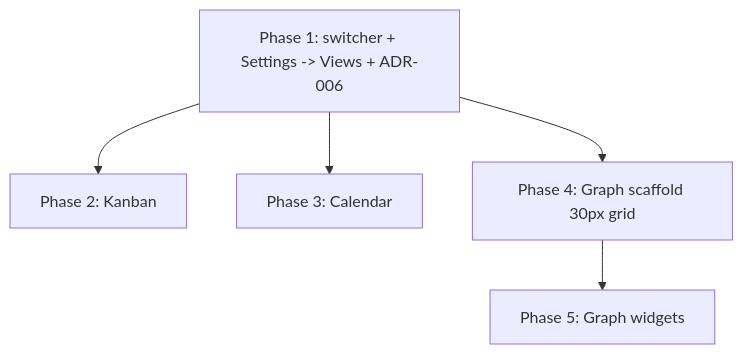
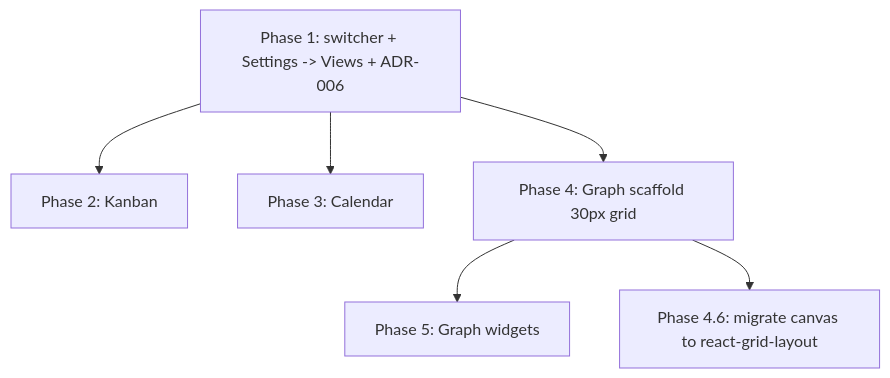
Before and after one commit to noiia/EERP: the second of 2 diagrams in docs/roadmaps/list-view-modes.md, drawn with Mermaid. The commit also changed other lines of this file and 12 other files, not shown here.

````diff
--- a/docs/roadmaps/list-view-modes.md
+++ b/docs/roadmaps/list-view-modes.md
@@ -462,7 +577,8 @@
 ```mermaid
 flowchart TD
     P1[Phase 1: switcher + Settings -> Views + ADR-006] --> P2[Phase 2: Kanban]
     P1 --> P3[Phase 3: Calendar]
     P1 --> P4[Phase 4: Graph scaffold 30px grid]
     P4 --> P5[Phase 5: Graph widgets]
+    P4 --> P46[Phase 4.6: migrate canvas to react-grid-layout]
 ```
````
